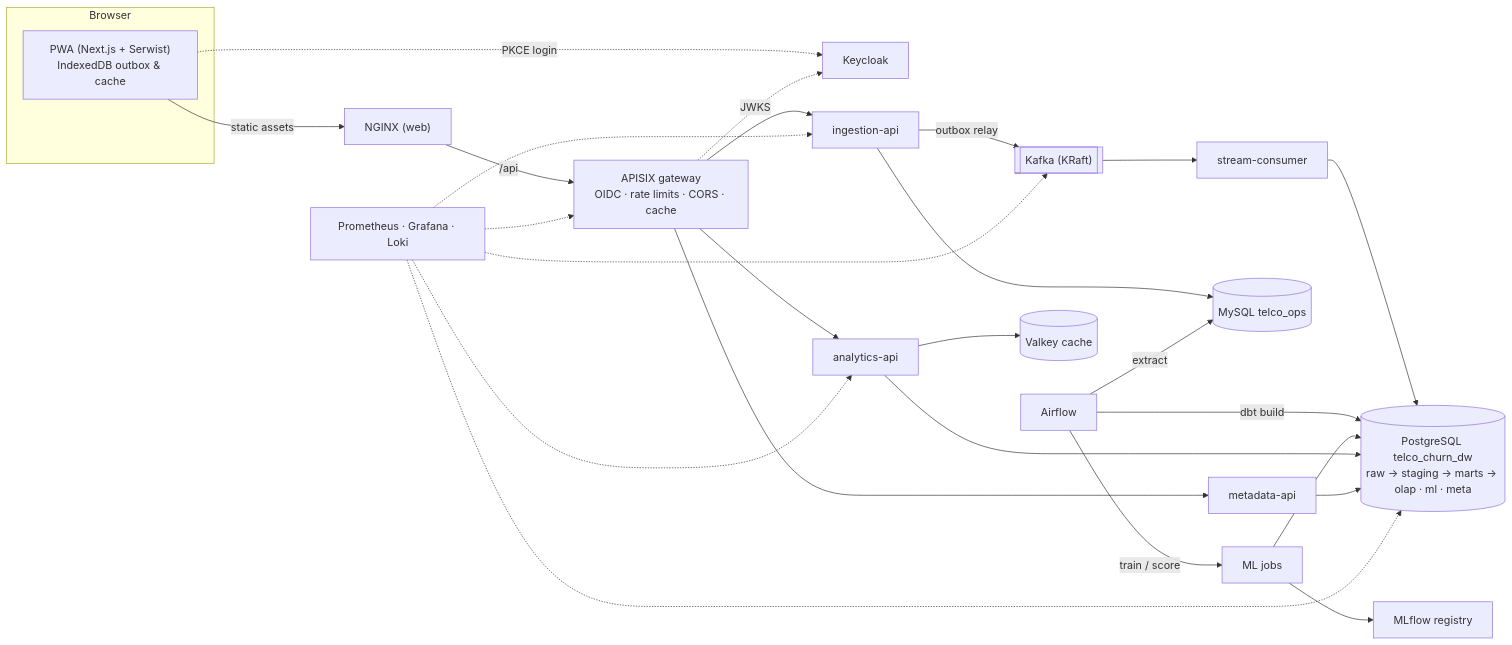
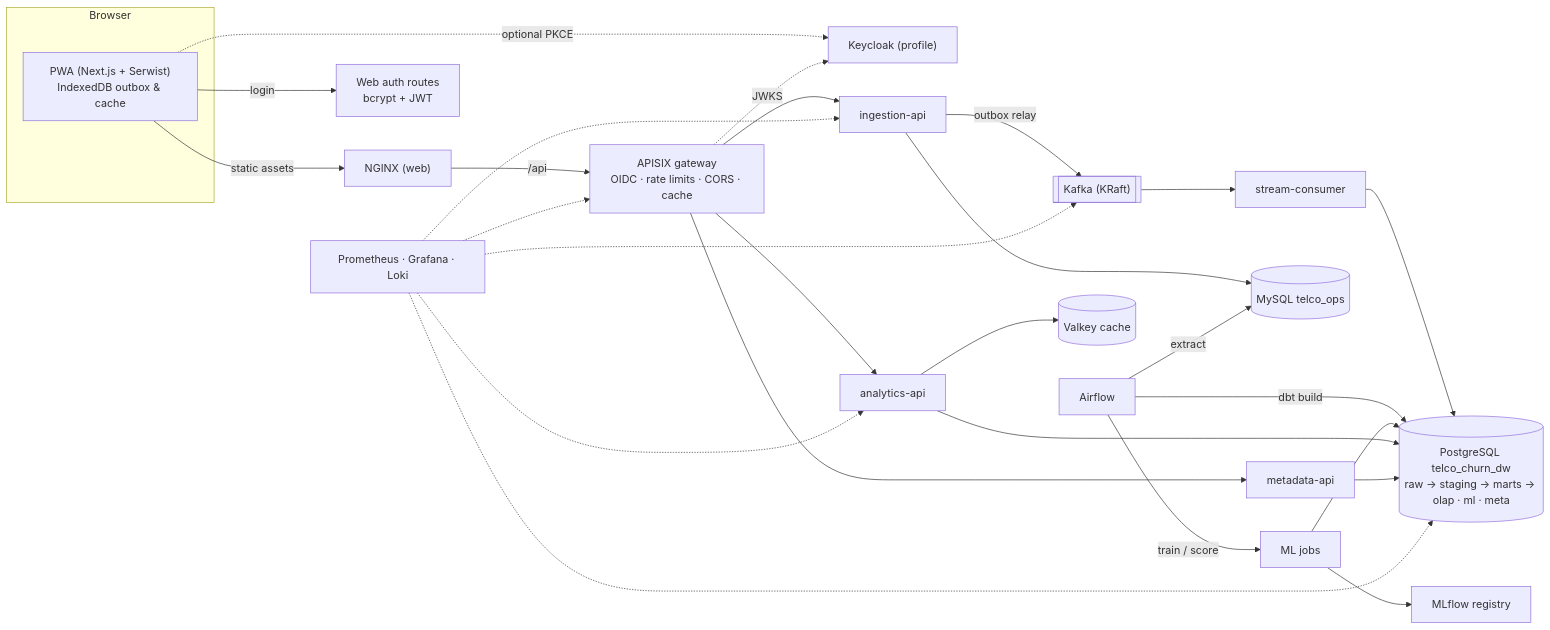
Before and after one commit to Cyberhaxker/Telco: the diagram in telco-churn-dw-platform/README.md, drawn with Mermaid. The commit also changed other lines of this file and 1 other file, not shown here.

Commit message:
docs: add logo, tech stack and current auth to README

````diff
--- a/telco-churn-dw-platform/README.md
+++ b/telco-churn-dw-platform/README.md
@@ -11,24 +29,25 @@
 ```mermaid
 flowchart LR
   subgraph Browser
     PWA["PWA (Next.js + Serwist)<br/>IndexedDB outbox & cache"]
   end
   PWA -->|static assets| NGINX["NGINX (web)"]
   NGINX -->|/api| APISIX["APISIX gateway<br/>OIDC · rate limits · CORS · cache"]
-  PWA -.->|PKCE login| KC["Keycloak"]
+  PWA -->|login| AUTH["Web auth routes<br/>bcrypt + JWT"]
+  PWA -.->|optional PKCE| KC["Keycloak (profile)"]
   APISIX -.->|JWKS| KC
   APISIX --> ING["ingestion-api"]
   APISIX --> META["metadata-api"]
   APISIX --> ANA["analytics-api"]
   ING --> MYSQL[("MySQL telco_ops")]
   ING -->|outbox relay| KAFKA[["Kafka (KRaft)"]]
   KAFKA --> SC["stream-consumer"] --> DW
   AF["Airflow"] -->|extract| MYSQL
   AF -->|dbt build| DW[("PostgreSQL telco_churn_dw<br/>raw → staging → marts → olap · ml · meta")]
   AF -->|train / score| ML["ML jobs"] --> MLF["MLflow registry"]
   ML --> DW
   ANA --> DW
   META --> DW
   ANA --> VK[("Valkey cache")]
   PROM["Prometheus · Grafana · Loki"] -.-> APISIX & ING & ANA & KAFKA & DW
 ```
````
